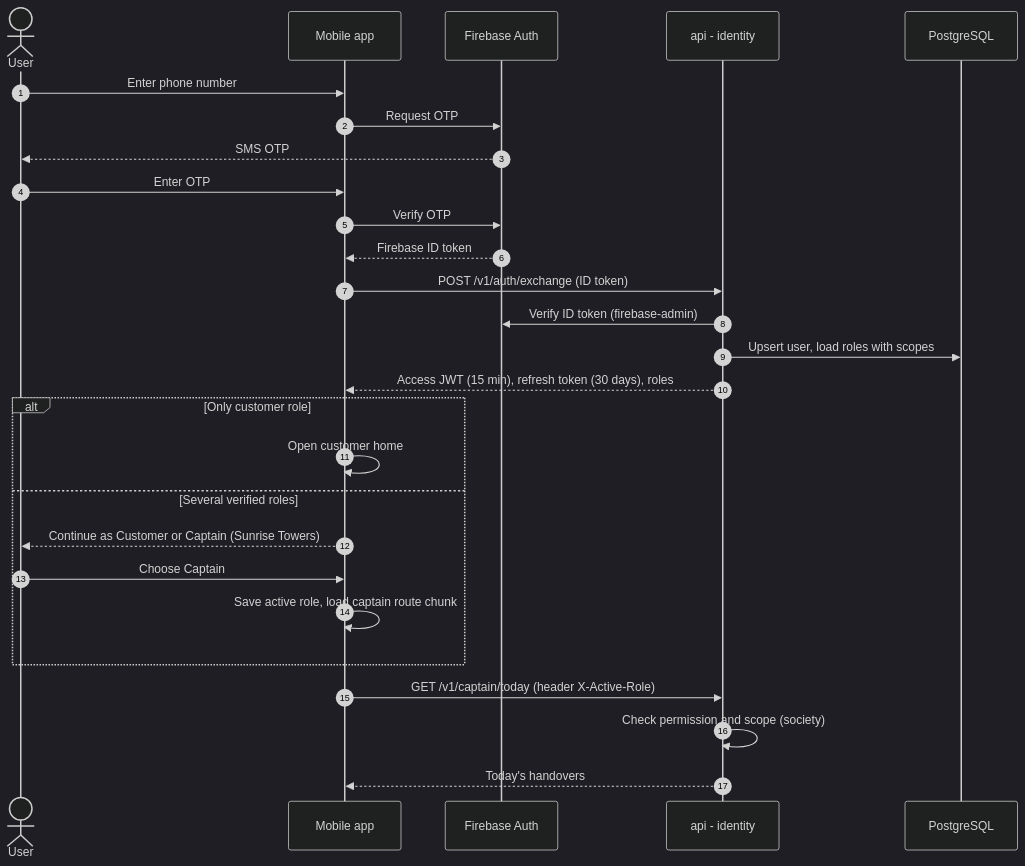
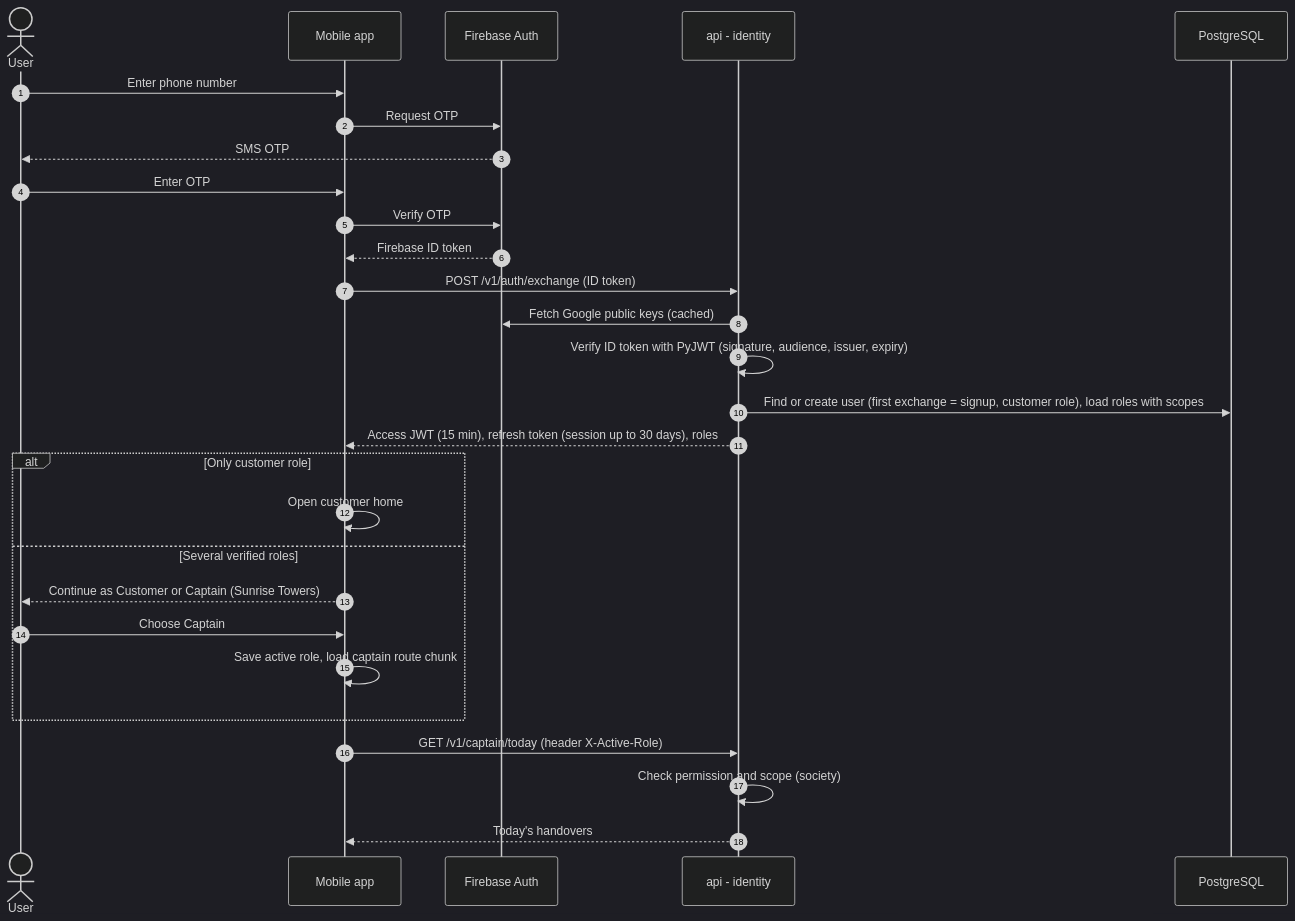
The third of 18 diagrams in docs/handbook/07-workflows.md (prelekar7/GharBasket), drawn with Mermaid (dark theme) before and after one commit. The commit also changed other lines of this file and 58 other files, not shown here.

````diff
--- a/docs/handbook/07-workflows.md
+++ b/docs/handbook/07-workflows.md
@@ -103,29 +105,30 @@
 ```mermaid
 sequenceDiagram
     autonumber
     actor U as User
     participant APP as Mobile app
     participant FB as Firebase Auth
     participant API as api - identity
     participant DB as PostgreSQL
     U->>APP: Enter phone number
     APP->>FB: Request OTP
     FB-->>U: SMS OTP
     U->>APP: Enter OTP
     APP->>FB: Verify OTP
     FB-->>APP: Firebase ID token
     APP->>API: POST /v1/auth/exchange (ID token)
-    API->>FB: Verify ID token (firebase-admin)
-    API->>DB: Upsert user, load roles with scopes
-    API-->>APP: Access JWT (15 min), refresh token (30 days), roles
+    API->>FB: Fetch Google public keys (cached)
+    API->>API: Verify ID token with PyJWT (signature, audience, issuer, expiry)
+    API->>DB: Find or create user (first exchange = signup, customer role), load roles with scopes
+    API-->>APP: Access JWT (15 min), refresh token (session up to 30 days), roles
     alt Only customer role
         APP->>APP: Open customer home
     else Several verified roles
         APP-->>U: Continue as Customer or Captain (Sunrise Towers)
         U->>APP: Choose Captain
         APP->>APP: Save active role, load captain route chunk
     end
     APP->>API: GET /v1/captain/today (header X-Active-Role)
     API->>API: Check permission and scope (society)
     API-->>APP: Today's handovers
 ```
````
